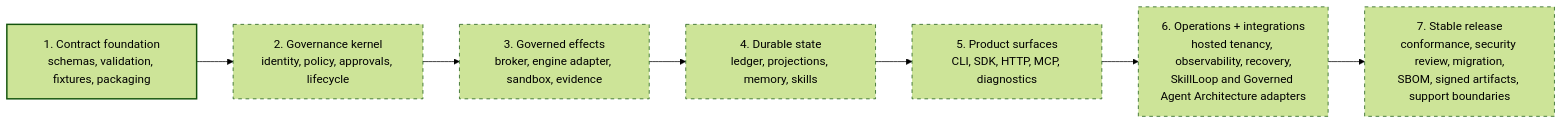
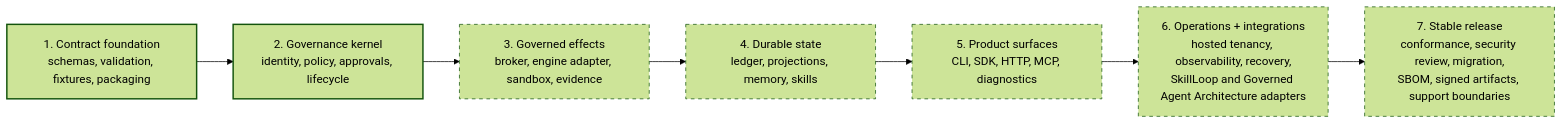
The third of 7 diagrams in docs/ARCHITECTURE.md (lamenting-hawthorn/governed-agent-harness), drawn with Mermaid (forest theme) before and after one commit. The commit also changed other lines of this file and 3 other files, not shown here.

Commit message:
fix: harden phase 2 governance kernel

````diff
--- a/docs/ARCHITECTURE.md
+++ b/docs/ARCHITECTURE.md
@@ -140,15 +140,15 @@
 ```mermaid
 flowchart LR
   Foundation["1. Contract foundation\nschemas, validation, fixtures, packaging"]:::done
-  Kernel["2. Governance kernel\nidentity, policy, approvals, lifecycle"]:::planned
+  Kernel["2. Governance kernel\nidentity, policy, approvals, lifecycle"]:::done
   Effects["3. Governed effects\nbroker, engine adapter, sandbox, evidence"]:::planned
   State["4. Durable state\nledger, projections, memory, skills"]:::planned
   Surfaces["5. Product surfaces\nCLI, SDK, HTTP, MCP, diagnostics"]:::planned
   Operations["6. Operations + integrations\nhosted tenancy, observability, recovery,\nSkillLoop and Governed Agent Architecture adapters"]:::planned
   Release["7. Stable release\nconformance, security review, migration,\nSBOM, signed artifacts, support boundaries"]:::planned
 
   Foundation --> Kernel --> Effects --> State --> Surfaces --> Operations --> Release
 
   classDef done stroke-width:2px
   classDef planned stroke-dasharray:5 5
 ```
````
